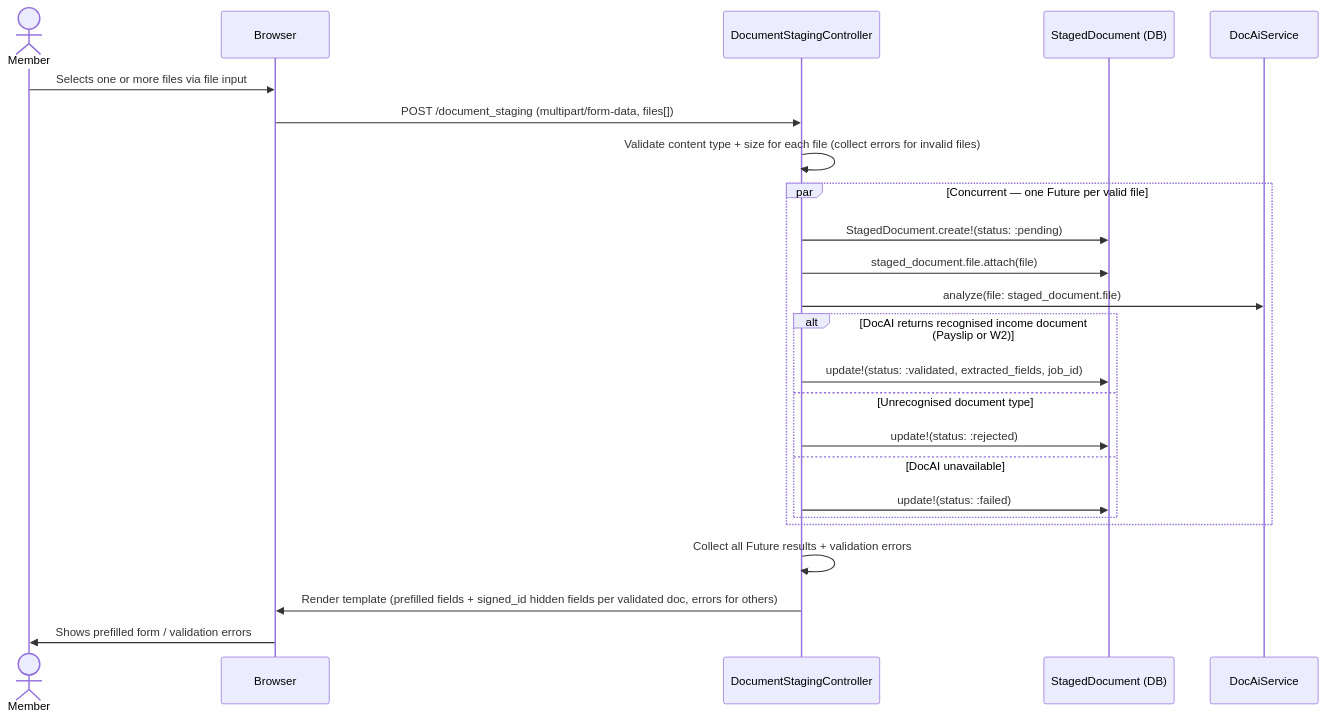
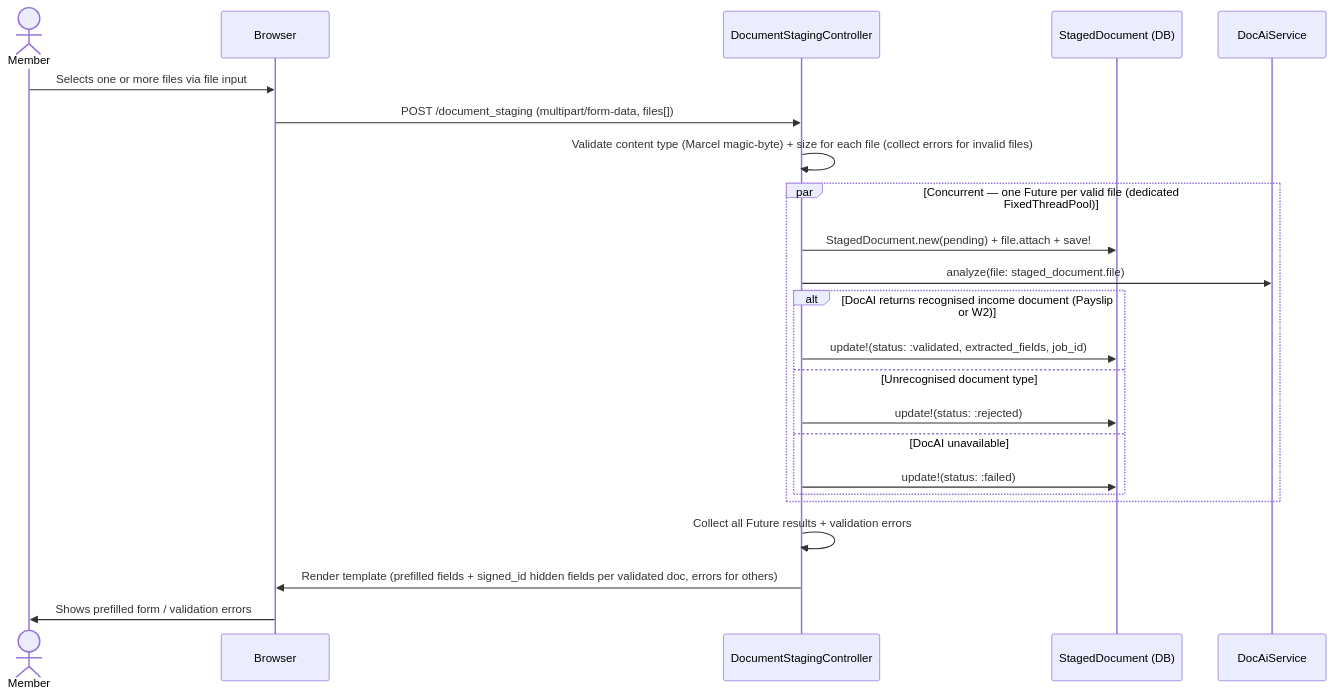
Before and after one commit to navapbc/oscer: the second of 7 diagrams in docs/architecture/doc-ai-integration/doc-ai-api.md, drawn with Mermaid. The commit also changed other lines of this file, not shown here.

````diff
--- a/docs/architecture/doc-ai-integration/doc-ai-api.md
+++ b/docs/architecture/doc-ai-integration/doc-ai-api.md
@@ -49,30 +49,29 @@
 ```mermaid
 sequenceDiagram
     actor Member
     participant Browser
     participant Controller as DocumentStagingController
     participant DB as StagedDocument (DB)
     participant DocAI as DocAiService
 
     Member->>Browser: Selects one or more files via file input
     Browser->>Controller: POST /document_staging (multipart/form-data, files[])
 
-    Controller->>Controller: Validate content type + size for each file (collect errors for invalid files)
+    Controller->>Controller: Validate content type (Marcel magic-byte) + size for each file (collect errors for invalid files)
 
-    par Concurrent — one Future per valid file
-        Controller->>DB: StagedDocument.create!(status: :pending)
-        Controller->>DB: staged_document.file.attach(file)
+    par Concurrent — one Future per valid file (dedicated FixedThreadPool)
+        Controller->>DB: StagedDocument.new(pending) + file.attach + save!
         Controller->>DocAI: analyze(file: staged_document.file)
         alt DocAI returns recognised income document (Payslip or W2)
             Controller->>DB: update!(status: :validated, extracted_fields, job_id)
         else Unrecognised document type
             Controller->>DB: update!(status: :rejected)
         else DocAI unavailable
             Controller->>DB: update!(status: :failed)
         end
     end
 
     Controller->>Controller: Collect all Future results + validation errors
     Controller->>Browser: Render template (prefilled fields + signed_id hidden fields per validated doc, errors for others)
     Browser->>Member: Shows prefilled form / validation errors
 ```
````
